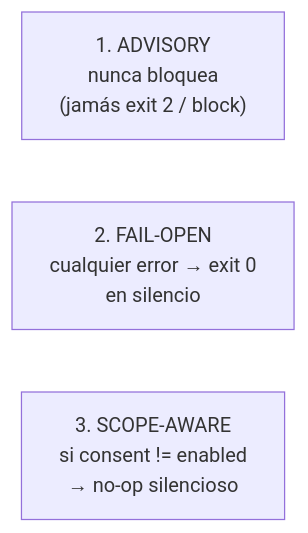
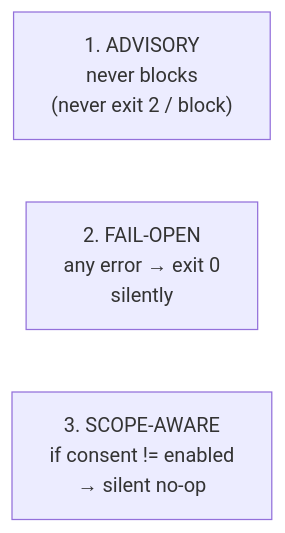
Before and after one commit to Kolimar/leina: the first of 3 diagrams in docs/concepts/06-hooks-e-inyeccion.md, drawn with Mermaid. The commit also changed other lines of this file and 27 other files, not shown here.

````diff
--- a/docs/concepts/06-hooks-e-inyeccion.md
+++ b/docs/concepts/06-hooks-e-inyeccion.md
@@ -34,6 +35,6 @@
 ```mermaid
 flowchart LR
-    a["1. ADVISORY<br/>nunca bloquea<br/>(jamás exit 2 / block)"]
-    b["2. FAIL-OPEN<br/>cualquier error → exit 0<br/>en silencio"]
-    c["3. SCOPE-AWARE<br/>si consent != enabled<br/>→ no-op silencioso"]
+    a["1. ADVISORY<br/>never blocks<br/>(never exit 2 / block)"]
+    b["2. FAIL-OPEN<br/>any error → exit 0<br/>silently"]
+    c["3. SCOPE-AWARE<br/>if consent != enabled<br/>→ silent no-op"]
 ```
````
